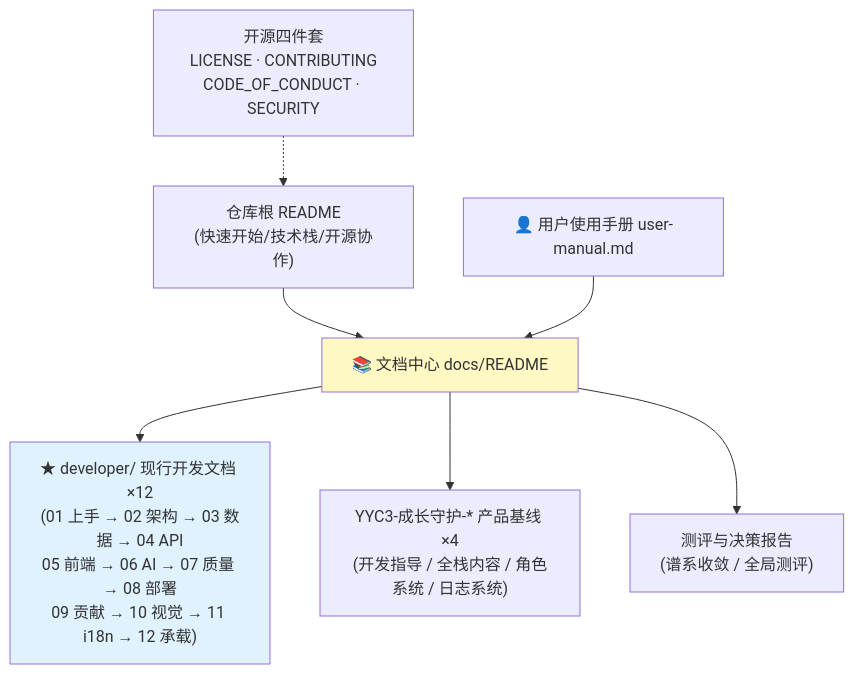
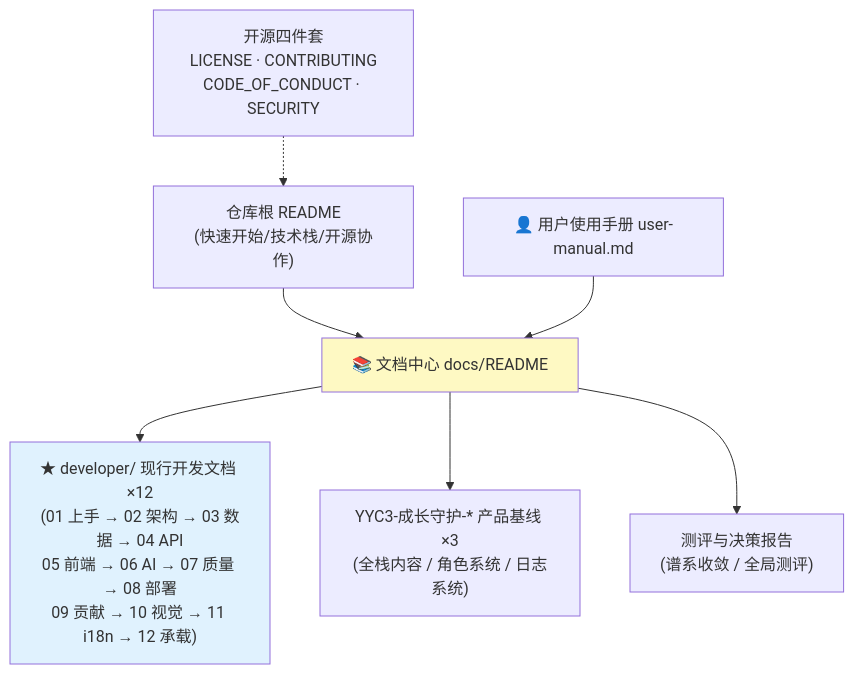
Before and after one commit to YYC-Cube/YYC3-Baby-MoYu: the diagram in docs/README.md, drawn with Mermaid. The commit also changed other lines of this file and 18 other files, not shown here.

First line of the commit message:
docs: 收敛旧文档副本——删除 YYC3-成长守护-开发指导/，developer/ 成为唯一事实源

````diff
--- a/docs/README.md
+++ b/docs/README.md
@@ -5,14 +5,14 @@
 ```mermaid
 flowchart TB
     R["仓库根 README<br/>(快速开始/技术栈/开源协作)"] --> C["📚 文档中心 docs/README"]
     U["👤 用户使用手册 user-manual.md"] --> C
 
     C --> D["★ developer/ 现行开发文档 ×12<br/>(01 上手 → 02 架构 → 03 数据 → 04 API<br/>05 前端 → 06 AI → 07 质量 → 08 部署<br/>09 贡献 → 10 视觉 → 11 i18n → 12 承载)"]
-    C --> P["YYC3-成长守护-* 产品基线 ×4<br/>(开发指导 / 全栈内容 / 角色系统 / 日志系统)"]
+    C --> P["YYC3-成长守护-* 产品基线 ×3<br/>(全栈内容 / 角色系统 / 日志系统)"]
     C --> A["测评与决策报告<br/>(谱系收敛 / 全局测评)"]
 
     O["开源四件套<br/>LICENSE · CONTRIBUTING<br/>CODE_OF_CONDUCT · SECURITY"] -.-> R
 
     style D fill:#e0f2fe
     style C fill:#fef9c3
 ```
````
